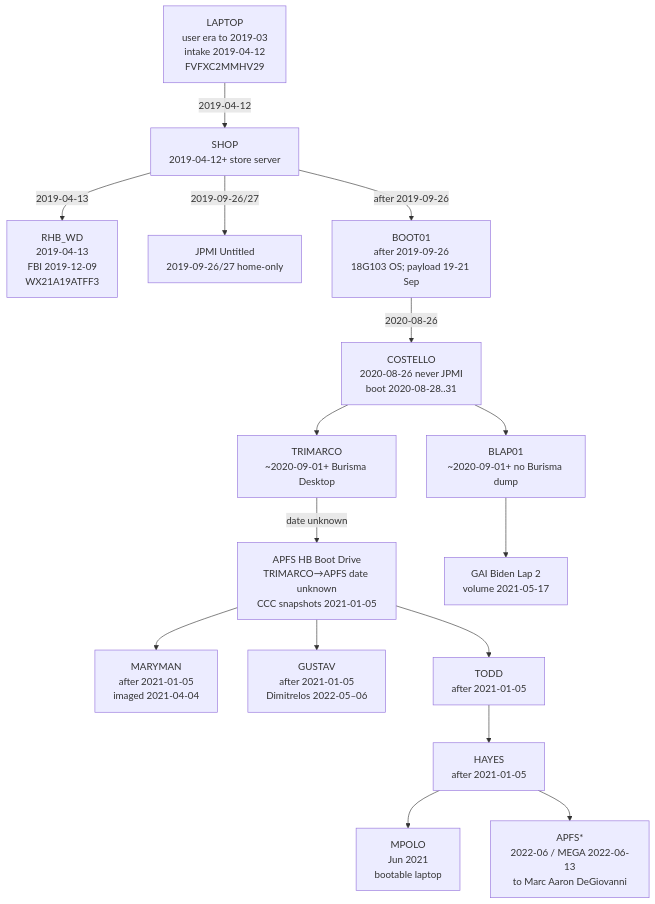
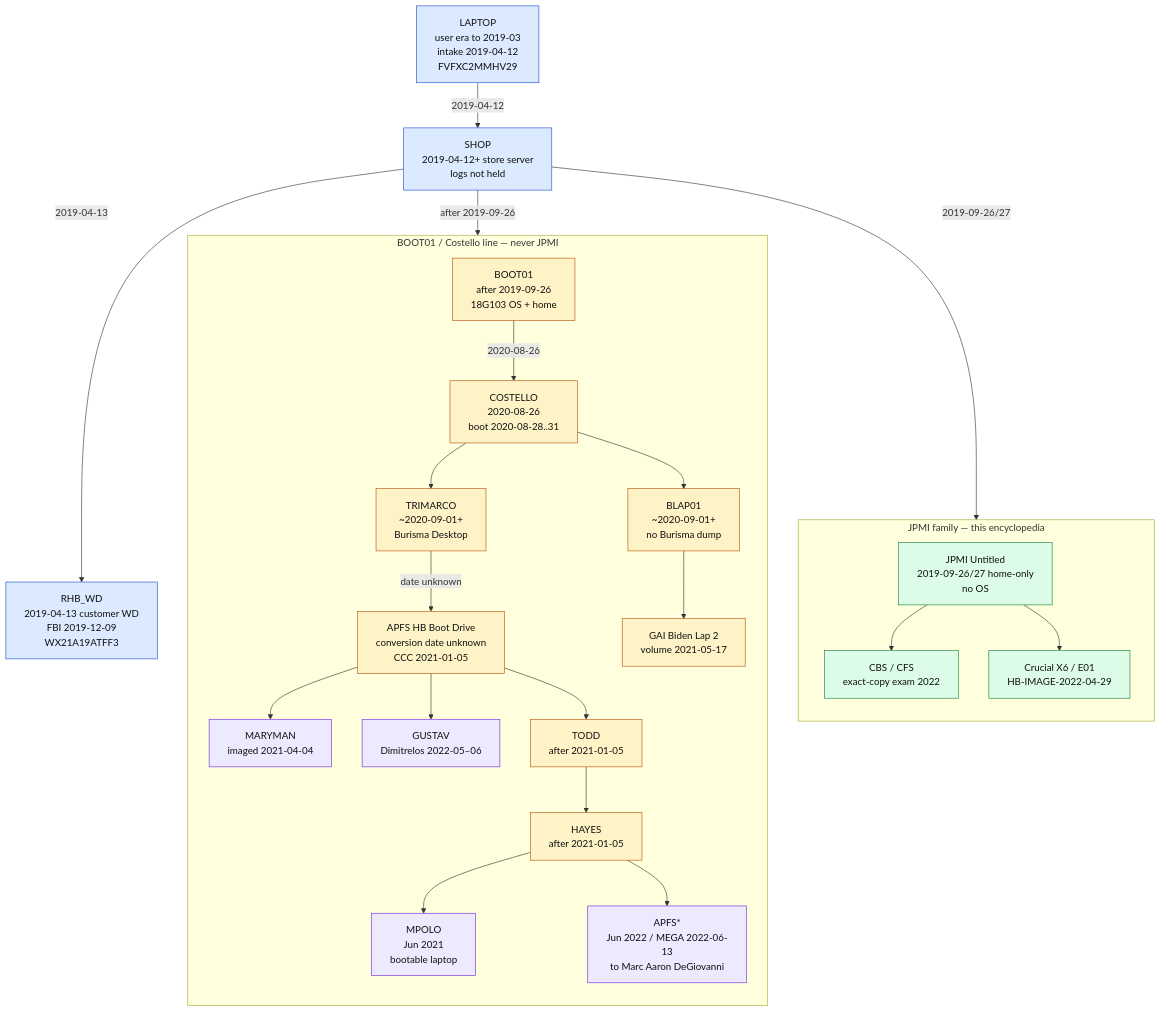
One commit to 459Crimes/HunterBidenLaptop_JPMI changed the first of 2 diagrams in docs/BRANCH_DEVIATIONS.md. Above: the diagram before and after it, drawn with Mermaid. The commit also changed other lines of this file and 47 other files, not shown here.

First line of the commit message:
Enhance documentation with new diagrams and clarify evidence lineage

````diff
--- a/docs/BRANCH_DEVIATIONS.md
+++ b/docs/BRANCH_DEVIATIONS.md
@@ -179,35 +30,54 @@
 ```mermaid
-flowchart TD
-  LAPTOP["LAPTOP<br/>user era to 2019-03<br/>intake 2019-04-12<br/>FVFXC2MMHV29"]
-  SHOP["SHOP<br/>2019-04-12+ store server"]
-  RHB_WD["RHB_WD<br/>2019-04-13<br/>FBI 2019-12-09<br/>WX21A19ATFF3"]
-  JPMI["JPMI Untitled<br/>2019-09-26/27 home-only"]
-  BOOT01["BOOT01<br/>after 2019-09-26<br/>18G103 OS; payload 19-21 Sep"]
-  COSTELLO["COSTELLO<br/>2020-08-26 never JPMI<br/>boot 2020-08-28..31"]
-  TRIMARCO["TRIMARCO<br/>~2020-09-01+ Burisma Desktop"]
-  BLAP01["BLAP01<br/>~2020-09-01+ no Burisma dump"]
-  APFS["APFS HB Boot Drive<br/>TRIMARCO→APFS date unknown<br/>CCC snapshots 2021-01-05"]
-  GAI["GAI Biden Lap 2<br/>volume 2021-05-17"]
-  MARYMAN["MARYMAN<br/>after 2021-01-05<br/>imaged 2021-04-04"]
-  GUSTAV["GUSTAV<br/>after 2021-01-05<br/>Dimitrelos 2022-05–06"]
-  TODD["TODD<br/>after 2021-01-05"]
-  HAYES["HAYES<br/>after 2021-01-05"]
-  MPOLO["MPOLO<br/>Jun 2021<br/>bootable laptop"]
-  APFSstar["APFS*<br/>2022-06 / MEGA 2022-06-13<br/>to Marc Aaron DeGiovanni"]
+%% Canonical named copy graph.
+%% JPMI is not an ancestor of COSTELLO, TRIMARCO, APFS, HAYES, MPOLO, or APFS*.
+flowchart TB
+  classDef shop fill:#dbeafe,stroke:#1d4ed8,color:#111
+  classDef jpmi fill:#dcfce7,stroke:#15803d,color:#111
+  classDef boot fill:#fef3c7,stroke:#b45309,color:#111
+  classDef exam fill:#ede9fe,stroke:#6d28d9,color:#111
+
+  LAPTOP["LAPTOP<br/>user era to 2019-03<br/>intake 2019-04-12<br/>FVFXC2MMHV29"]:::shop
+  SHOP["SHOP<br/>2019-04-12+ store server<br/>logs not held"]:::shop
+  RHB_WD["RHB_WD<br/>2019-04-13 customer WD<br/>FBI 2019-12-09<br/>WX21A19ATFF3"]:::shop
+
+  subgraph JP["JPMI family — this encyclopedia"]
+    direction TB
+    JPMI["JPMI Untitled<br/>2019-09-26/27 home-only<br/>no OS"]:::jpmi
+    CBS["CBS / CFS<br/>exact-copy exam 2022"]:::jpmi
+    X6["Crucial X6 / E01<br/>HB-IMAGE-2022-04-29"]:::jpmi
+  end
+
+  subgraph BOOT["BOOT01 / Costello line — never JPMI"]
+    direction TB
+    BOOT01["BOOT01<br/>after 2019-09-26<br/>18G103 OS + home"]:::boot
+    COSTELLO["COSTELLO<br/>2020-08-26<br/>boot 2020-08-28..31"]:::boot
+    TRIMARCO["TRIMARCO<br/>~2020-09-01+<br/>Burisma Desktop"]:::boot
+    BLAP01["BLAP01<br/>~2020-09-01+<br/>no Burisma dump"]:::boot
+    APFS["APFS HB Boot Drive<br/>conversion date unknown<br/>CCC 2021-01-05"]:::boot
+    GAI["GAI Biden Lap 2<br/>volume 2021-05-17"]:::boot
+    MARYMAN["MARYMAN<br/>imaged 2021-04-04"]:::exam
+    GUSTAV["GUSTAV<br/>Dimitrelos 2022-05–06"]:::exam
+    TODD["TODD<br/>after 2021-01-05"]:::boot
+    HAYES["HAYES<br/>after 2021-01-05"]:::boot
+    MPOLO["MPOLO<br/>Jun 2021<br/>bootable laptop"]:::exam
+    APFSstar["APFS*<br/>Jun 2022 / MEGA 2022-06-13<br/>to Marc Aaron DeGiovanni"]:::exam
+  end
 
   LAPTOP -->|2019-04-12| SHOP
   SHOP -->|2019-04-13| RHB_WD
   SHOP -->|2019-09-26/27| JPMI
+  JPMI --> CBS
+  JPMI --> X6
   SHOP -->|after 2019-09-26| BOOT01
   BOOT01 -->|2020-08-26| COSTELLO
   COSTELLO --> TRIMARCO
   COSTELLO --> BLAP01
   TRIMARCO -->|date unknown| APFS
   BLAP01 --> GAI
   APFS --> MARYMAN
   APFS --> GUSTAV
   APFS --> TODD
   TODD --> HAYES
   HAYES --> MPOLO
   HAYES --> APFSstar
 ```
````
